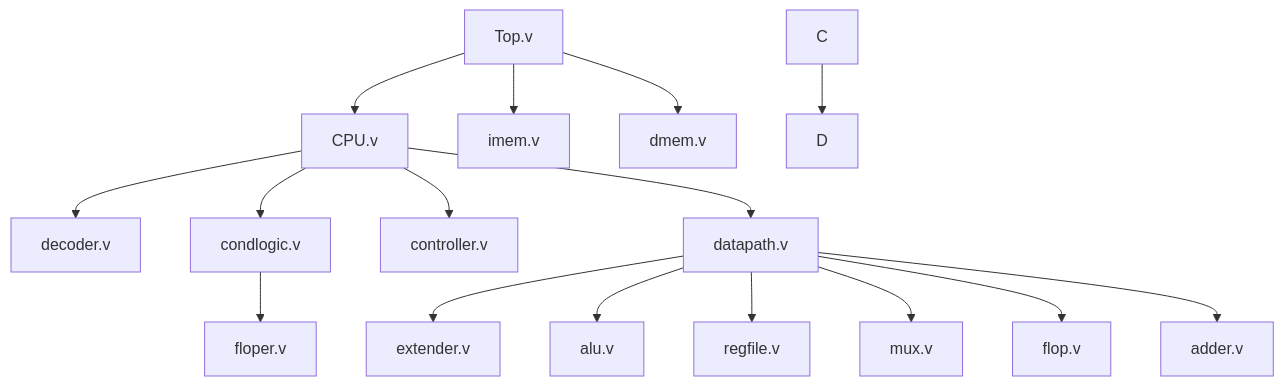
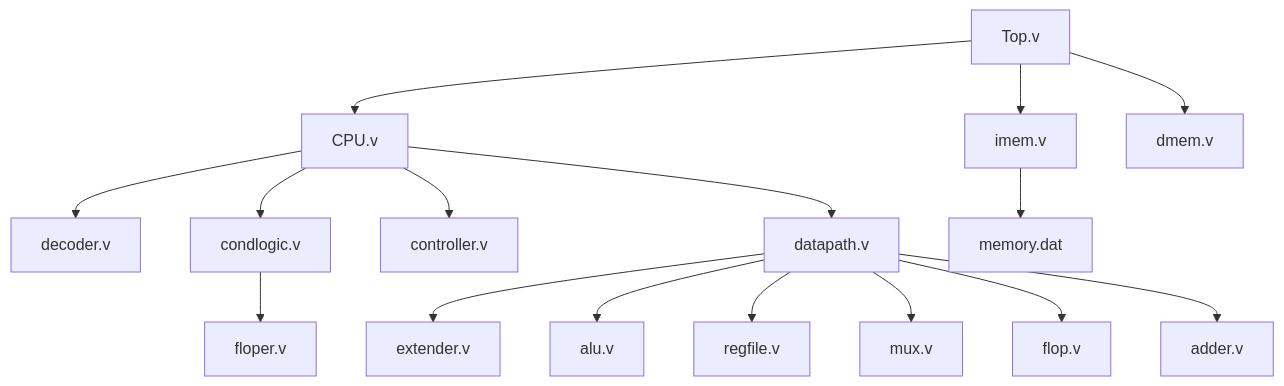
One commit to gouthamstantri/32bitCPU_Verilog_project changed the diagram in README.md. Above: the diagram before and after it, drawn with Mermaid. The commit also changed other lines of this file, not shown here.

````diff
--- a/README.md
+++ b/README.md
@@ -5,19 +6,21 @@
 ```mermaid
 graph TD;
 Top.v-->CPU.v;
 Top.v-->imem.v;
 Top.v-->dmem.v;
 CPU.v-->decoder.v;
 CPU.v-->condlogic.v;
 condlogic.v-->floper.v;
+imem.v-->memory.dat;
 
-    CPU.v-->controller.v;
+
+CPU.v-->controller.v;
 CPU.v-->datapath.v;
 datapath.v-->extender.v;
 datapath.v-->alu.v;
 datapath.v-->regfile.v;
 datapath.v-->mux.v;
 datapath.v-->flop.v;
 datapath.v-->adder.v;
-    C-->D;
+
 ```
````
